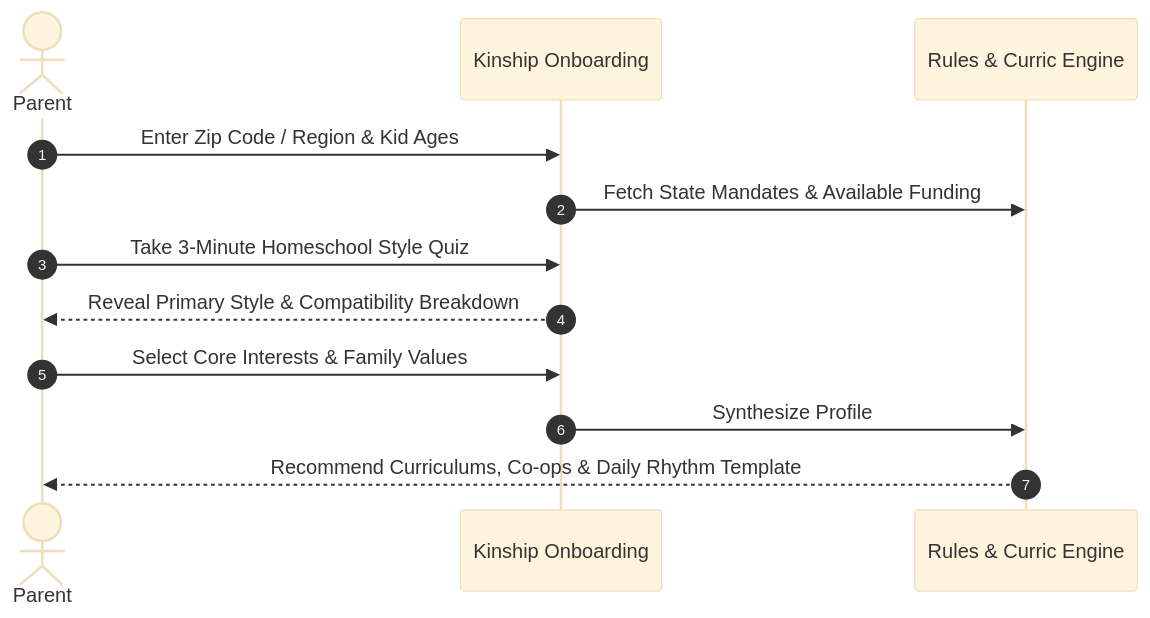
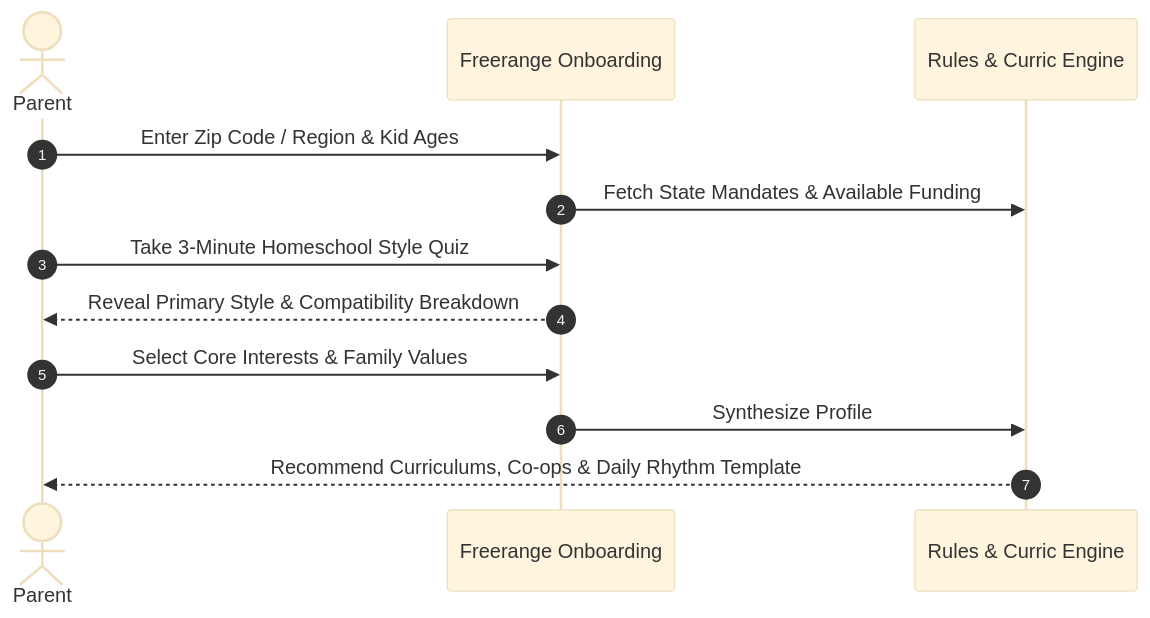
One commit to htbui/homeschool-compass changed the second of 7 diagrams in homeschool_app_master_plan.md. Above: the diagram before and after it, drawn with Mermaid (base theme). The commit also changed other lines of this file and 19 other files, not shown here.

````diff
--- a/homeschool_app_master_plan.md
+++ b/homeschool_app_master_plan.md
@@ -61,14 +61,14 @@
 ```mermaid
 sequenceDiagram
     autonumber
     actor Parent
-    participant App as Kinship Onboarding
+    participant App as Freerange Onboarding
     participant Engine as Rules & Curric Engine
     Parent->>App: Enter Zip Code / Region & Kid Ages
     App->>Engine: Fetch State Mandates & Available Funding
     Parent->>App: Take 3-Minute Homeschool Style Quiz
     App-->>Parent: Reveal Primary Style & Compatibility Breakdown
     Parent->>App: Select Core Interests & Family Values
     App->>Engine: Synthesize Profile
     Engine-->>Parent: Recommend Curriculums, Co-ops & Daily Rhythm Template
 ```
````
